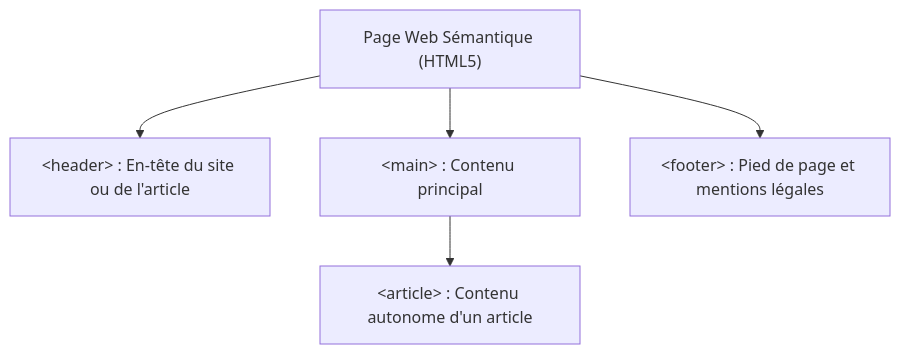
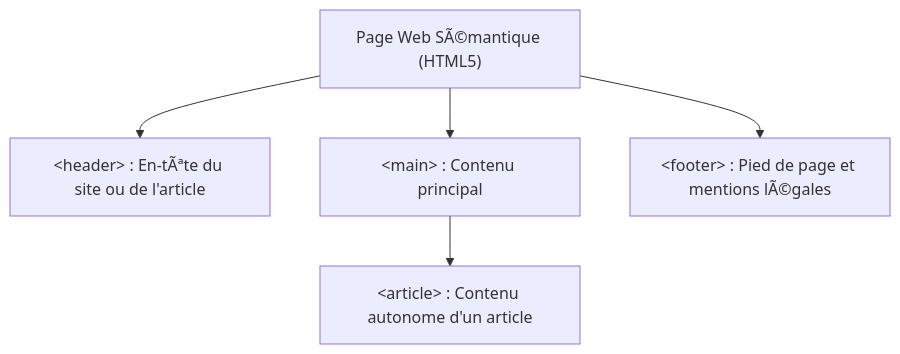
Before and after one commit to solicode-web-mobile/autoformations-web: the diagram in _tutos/D.161.1.veille-tech/UA.161.11/T.161.115/veille-bases-html5-css3.normal.md, drawn with Mermaid. The commit also changed other lines of this file and 14 other files, not shown here.

````diff
--- a/_tutos/D.161.1.veille-tech/UA.161.11/T.161.115/veille-bases-html5-css3.normal.md
+++ b/_tutos/D.161.1.veille-tech/UA.161.11/T.161.115/veille-bases-html5-css3.normal.md
@@ -48,7 +48,7 @@
 ```mermaid
 flowchart TD
-    Page["Page Web Sémantique (HTML5)"] --> H["&lt;header&gt; : En-tête du site ou de l'article"]
+    Page["Page Web SÃ©mantique (HTML5)"] --> H["&lt;header&gt; : En-tÃªte du site ou de l'article"]
     Page --> M["&lt;main&gt; : Contenu principal"]
     M --> A["&lt;article&gt; : Contenu autonome d'un article"]
-    Page --> F["&lt;footer&gt; : Pied de page et mentions légales"]
+    Page --> F["&lt;footer&gt; : Pied de page et mentions lÃ©gales"]
 ```
````
